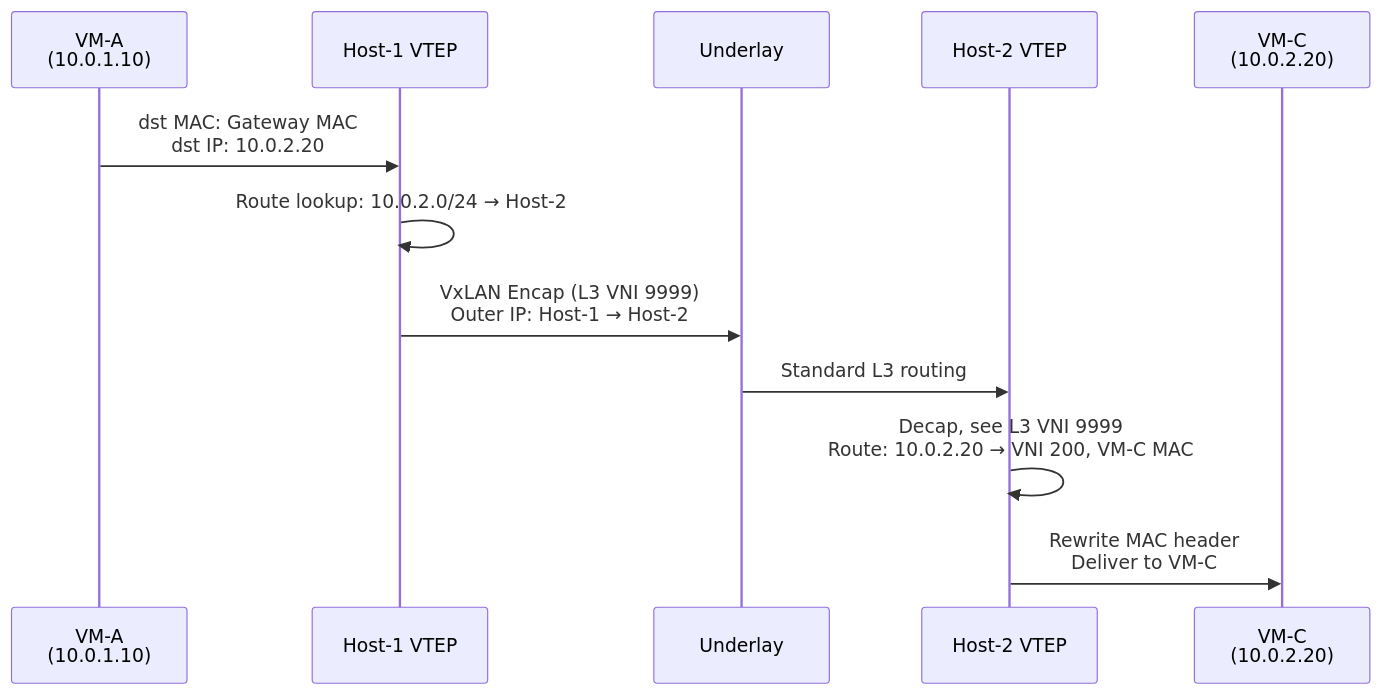
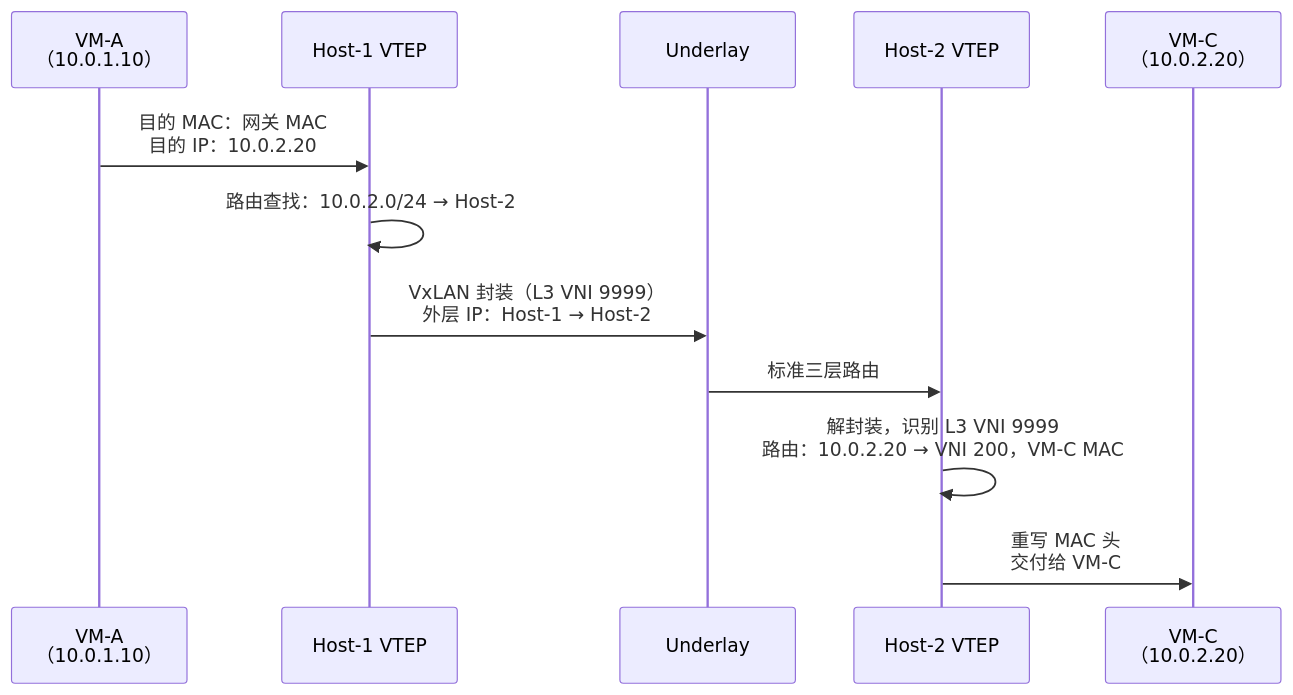
Before and after one commit to caozhiyi/network-book: the sixth of 6 diagrams in docs/09.跨子网通信分布式网关与三层路由.md, drawn with Mermaid. The commit also changed other lines of this file and 77 other files, not shown here.

````diff
--- a/docs/09.跨子网通信分布式网关与三层路由.md
+++ b/docs/09.跨子网通信分布式网关与三层路由.md
@@ -242,15 +240,15 @@
 ```mermaid
 sequenceDiagram
-    participant VMA as VM-A<br/>(10.0.1.10)
+    participant VMA as VM-A<br/>（10.0.1.10）
     participant H1 as Host-1 VTEP
     participant UL as Underlay
     participant H2 as Host-2 VTEP
-    participant VMC as VM-C<br/>(10.0.2.20)
+    participant VMC as VM-C<br/>（10.0.2.20）
 
-    VMA->>H1: dst MAC: Gateway MAC<br/>dst IP: 10.0.2.20
-    H1->>H1: Route lookup: 10.0.2.0/24 → Host-2
-    H1->>UL: VxLAN Encap (L3 VNI 9999)<br/>Outer IP: Host-1 → Host-2
-    UL->>H2: Standard L3 routing
-    H2->>H2: Decap, see L3 VNI 9999<br/>Route: 10.0.2.20 → VNI 200, VM-C MAC
-    H2->>VMC: Rewrite MAC header<br/>Deliver to VM-C
+    VMA->>H1: 目的 MAC：网关 MAC<br/>目的 IP：10.0.2.20
+    H1->>H1: 路由查找：10.0.2.0/24 → Host-2
+    H1->>UL: VxLAN 封装（L3 VNI 9999）<br/>外层 IP：Host-1 → Host-2
+    UL->>H2: 标准三层路由
+    H2->>H2: 解封装，识别 L3 VNI 9999<br/>路由：10.0.2.20 → VNI 200，VM-C MAC
+    H2->>VMC: 重写 MAC 头<br/>交付给 VM-C
 ```
````
